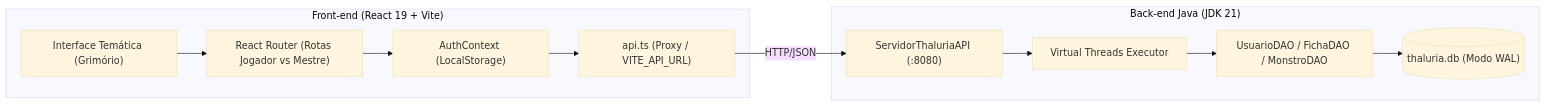
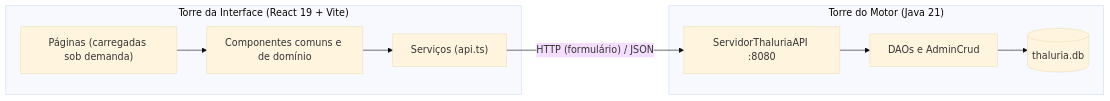
One commit to TyenW/thaluriafront changed the diagram in README.md. Above: the diagram before and after it, drawn with Mermaid (base theme). The commit also changed other lines of this file and 78 other files, not shown here.

````diff
--- a/README.md
+++ b/README.md
@@ -26,24 +48,15 @@
 ```mermaid
 graph LR
-    subgraph Frontend ["Front-end (React 19 + Vite)"]
-        UI["Interface Temática (Grimório)"]
-        Router["React Router (Rotas Jogador vs Mestre)"]
-        AuthCtx["AuthContext (LocalStorage)"]
-        ApiClient["api.ts (Proxy / VITE_API_URL)"]
+    subgraph Interface ["Torre da Interface (React 19 + Vite)"]
+        Paginas["Páginas (carregadas sob demanda)"]
+        Componentes["Componentes comuns e de domínio"]
+        Servicos["Serviços (api.ts)"]
     end
-
-    subgraph Backend ["Back-end Java (JDK 21)"]
-        HttpServer["ServidorThaluriaAPI (:8080)"]
-        VThreads["Virtual Threads Executor"]
-        DAOs["UsuarioDAO / FichaDAO / MonstroDAO"]
-        SQLite[("thaluria.db (Modo WAL)")]
+    subgraph Motor ["Torre do Motor (Java 21)"]
+        API["ServidorThaluriaAPI :8080"]
+        DAOs["DAOs e AdminCrud"]
+        Banco[("thaluria.db")]
     end
-
-    UI --> Router
-    Router --> AuthCtx
-    AuthCtx --> ApiClient
-    ApiClient -->|HTTP/JSON| HttpServer
-    HttpServer --> VThreads
-    VThreads --> DAOs
-    DAOs --> SQLite
+    Paginas --> Componentes --> Servicos
+    Servicos -->|"HTTP (formulário) / JSON"| API --> DAOs --> Banco
 ```
````
